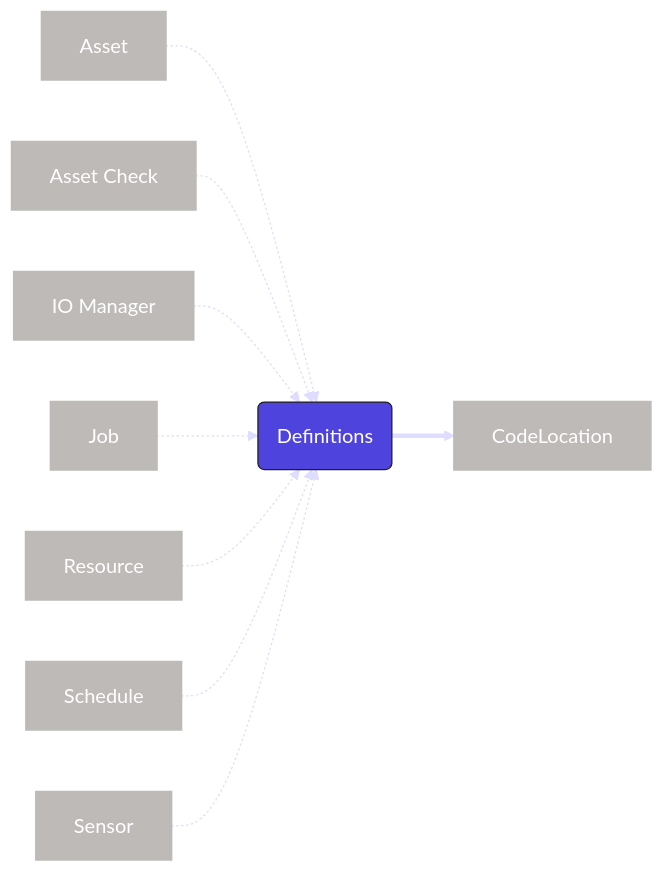
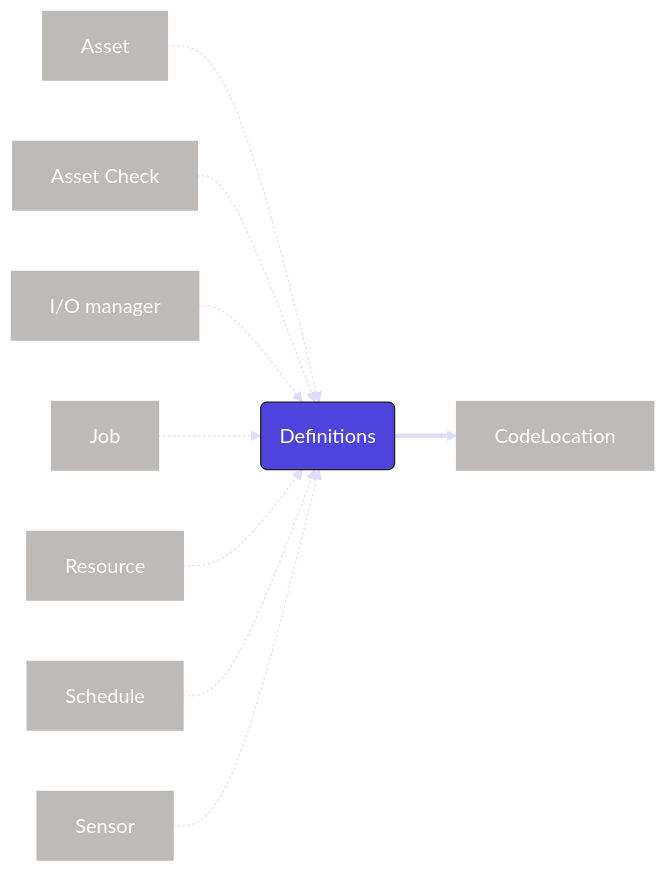
The eighth of 17 diagrams in docs/docs/getting-started/concepts.md (dagster-io/dagster), drawn with Mermaid before and after one commit. The commit also changed other lines of this file and 57 other files, not shown here.

````diff
--- a/docs/docs/getting-started/concepts.md
+++ b/docs/docs/getting-started/concepts.md
@@ -296,37 +296,37 @@
 ```mermaid
 %%{
   init: {
     'theme': 'base',
     'themeVariables': {
       'primaryColor': '#4F43DD',
       'primaryTextColor': '#FFFFFF',
       'primaryBorderColor': '#231F1B',
       'lineColor': '#DEDDFF',
       'secondaryColor': '#BDBAB7',
       'tertiaryColor': '#FFFFFF'
     }
   }
 }%%
   graph LR
     style Job fill:#BDBAB7,stroke:#BDBAB7,stroke-width:2px
     style Schedule fill:#BDBAB7,stroke:#BDBAB7,stroke-width:2px
     style Asset fill:#BDBAB7,stroke:#BDBAB7,stroke-width:2px
     style Sensor fill:#BDBAB7,stroke:#BDBAB7,stroke-width:2px
     style IOManager fill:#BDBAB7,stroke:#BDBAB7,stroke-width:2px
     style Resource fill:#BDBAB7,stroke:#BDBAB7,stroke-width:2px
     style AssetCheck fill:#BDBAB7,stroke:#BDBAB7,stroke-width:2px
     style CodeLocation fill:#BDBAB7,stroke:#BDBAB7,stroke-width:2px
 
 
     Asset -.-> Definitions
     AssetCheck[Asset Check] -.-> Definitions
-    IOManager[IO Manager] -.-> Definitions
+    IOManager[I/O manager] -.-> Definitions
     Job -.-> Definitions
     Resource -.-> Definitions
     Schedule -.-> Definitions
     Sensor -.-> Definitions
 
     Definitions(Definitions)
 
     Definitions ==> CodeLocation
 ```
````
